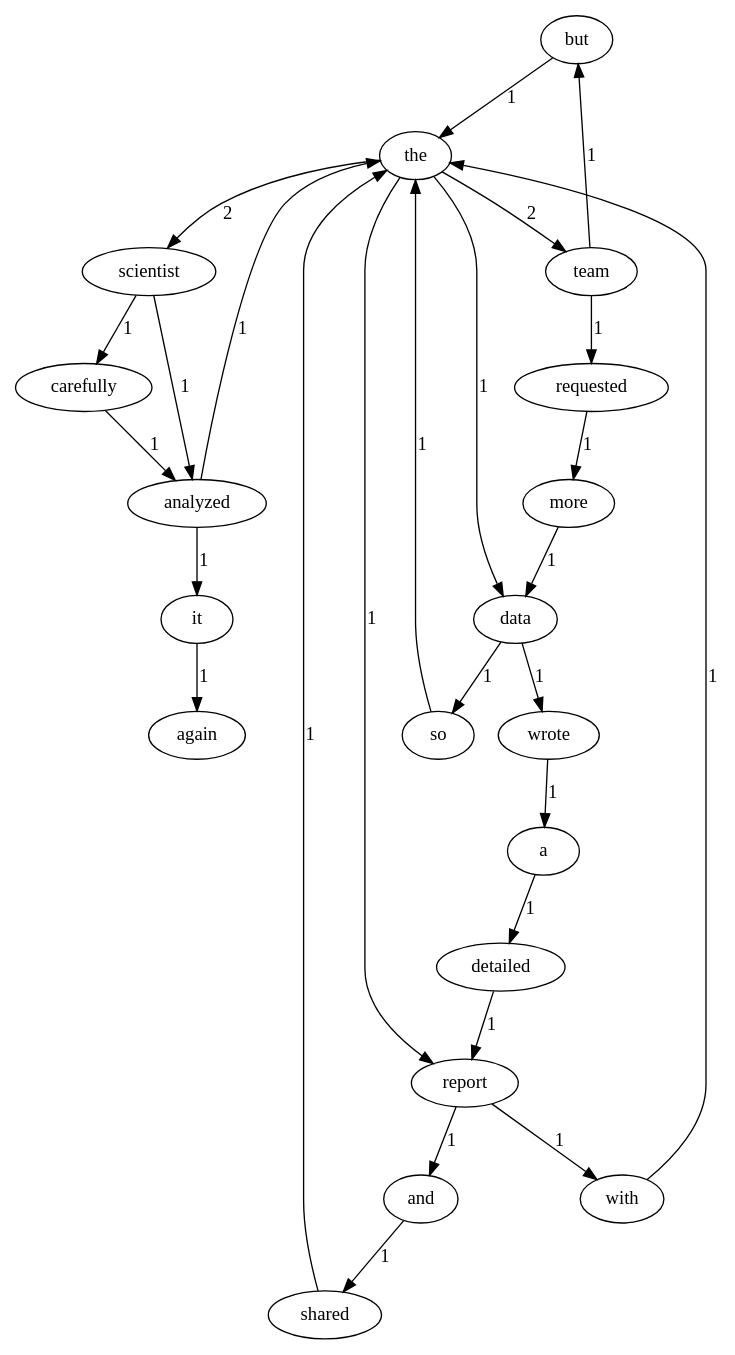
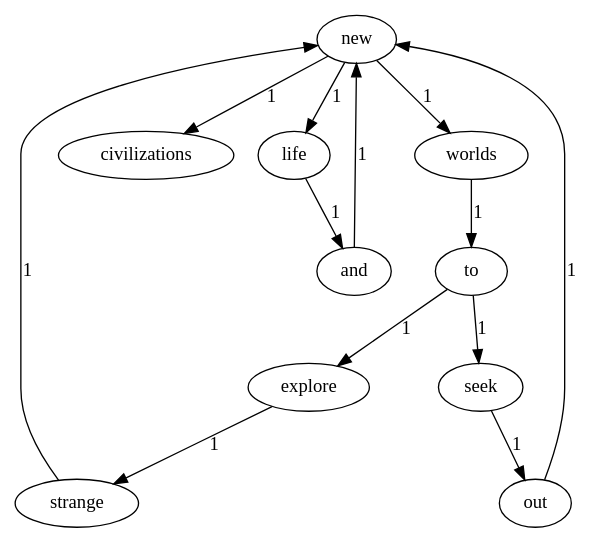
Before and after one commit to Samlake727/Lab1-2022113384: the diagram in graph.dot, drawn with Graphviz. The commit also changed 11 other files, not shown here.

```diff
--- a/graph.dot
+++ b/graph.dot
@@ -1,28 +1,14 @@
 digraph G {
-  "but" -> "the" [label=1];
-  "a" -> "detailed" [label=1];
-  "shared" -> "the" [label=1];
-  "data" -> "wrote" [label=1];
-  "data" -> "so" [label=1];
-  "carefully" -> "analyzed" [label=1];
-  "scientist" -> "carefully" [label=1];
-  "scientist" -> "analyzed" [label=1];
-  "more" -> "data" [label=1];
-  "wrote" -> "a" [label=1];
-  "analyzed" -> "the" [label=1];
-  "analyzed" -> "it" [label=1];
-  "team" -> "but" [label=1];
-  "team" -> "requested" [label=1];
-  "it" -> "again" [label=1];
-  "the" -> "data" [label=1];
-  "the" -> "scientist" [label=2];
-  "the" -> "report" [label=1];
-  "the" -> "team" [label=2];
-  "with" -> "the" [label=1];
-  "requested" -> "more" [label=1];
-  "detailed" -> "report" [label=1];
-  "and" -> "shared" [label=1];
-  "report" -> "with" [label=1];
-  "report" -> "and" [label=1];
-  "so" -> "the" [label=1];
+  "new" -> "worlds" [label=1];
+  "new" -> "civilizations" [label=1];
+  "new" -> "life" [label=1];
+  "worlds" -> "to" [label=1];
+  "explore" -> "strange" [label=1];
+  "and" -> "new" [label=1];
+  "to" -> "explore" [label=1];
+  "to" -> "seek" [label=1];
+  "seek" -> "out" [label=1];
+  "strange" -> "new" [label=1];
+  "life" -> "and" [label=1];
+  "out" -> "new" [label=1];
 }
```
